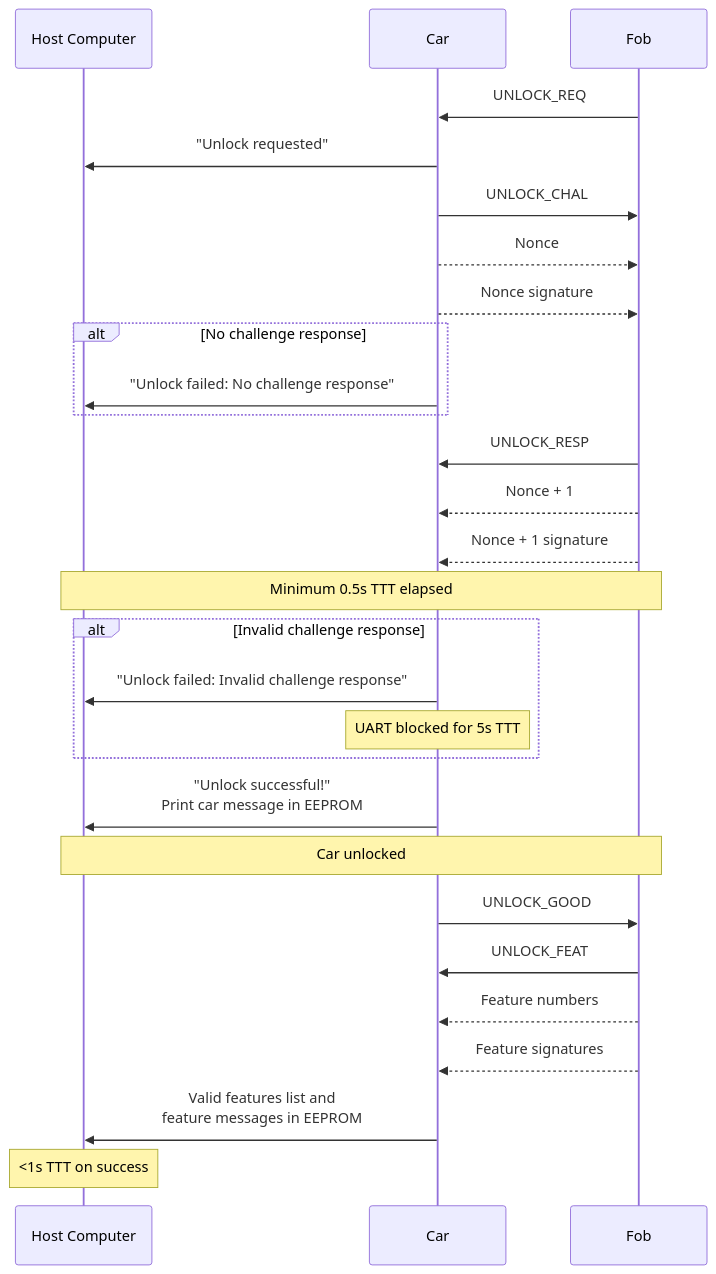
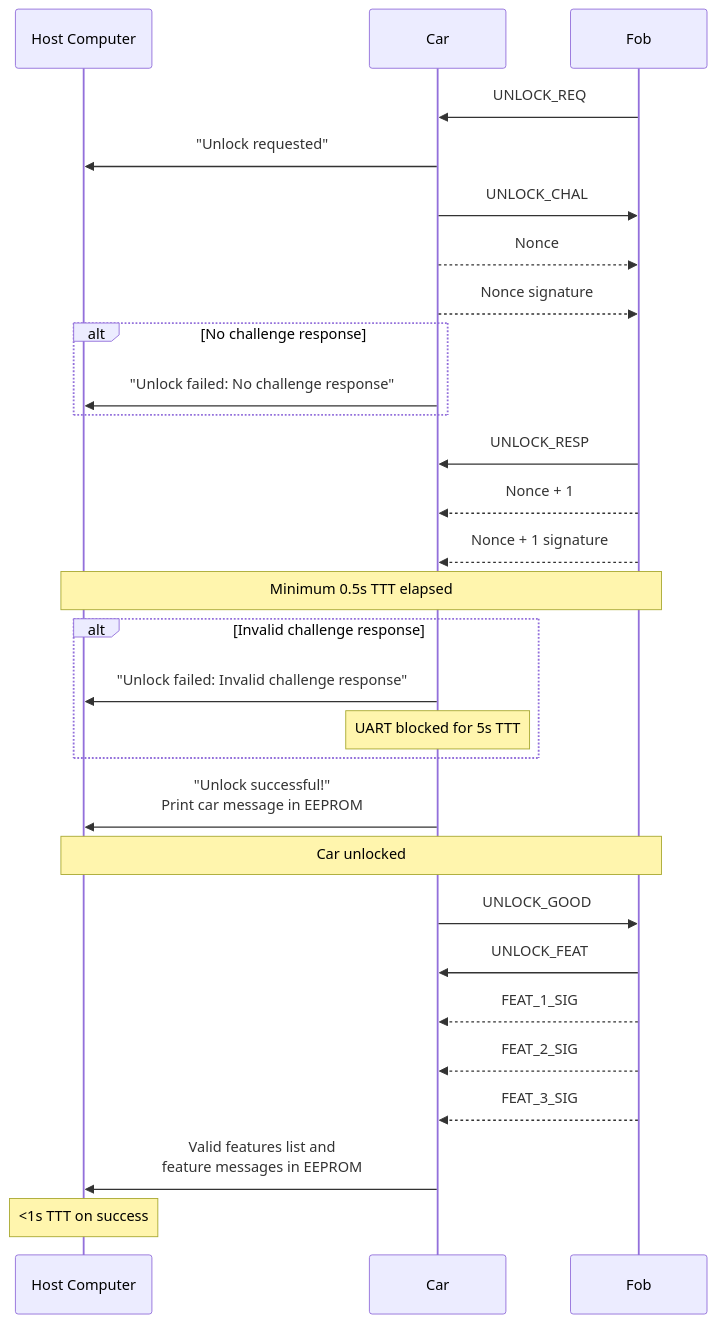
The third of 3 diagrams in docs/protocol.md (sigpwny/2023-ectf-uiuc), drawn with Mermaid before and after one commit. The commit also changed other lines of this file and 7 other files, not shown here.

````diff
--- a/docs/protocol.md
+++ b/docs/protocol.md
@@ -138,30 +141,31 @@
 ```mermaid
 sequenceDiagram
   participant Host Computer
   participant Car
   participant Fob
   Fob ->> Car: UNLOCK_REQ
   Car ->> Host Computer: "Unlock requested"
   Car ->> Fob: UNLOCK_CHAL
   Car -->> Fob: Nonce
   Car -->> Fob: Nonce signature
   alt No challenge response
     Car ->> Host Computer: "Unlock failed: No challenge response"
   end
   Fob ->> Car: UNLOCK_RESP
   Fob -->> Car: Nonce + 1
   Fob -->> Car: Nonce + 1 signature
   Note over Host Computer, Fob: Minimum 0.5s TTT elapsed
   alt Invalid challenge response
     Car ->> Host Computer: "Unlock failed: Invalid challenge response"
     Note over Car: UART blocked for 5s TTT
   end
   Car ->> Host Computer: "Unlock successful!" <br/>Print car message in EEPROM
   Note over Host Computer, Fob: Car unlocked
   Car ->> Fob: UNLOCK_GOOD
   Fob ->> Car: UNLOCK_FEAT
-  Fob -->> Car: Feature numbers
-  Fob -->> Car: Feature signatures
+  Fob -->> Car: FEAT_1_SIG
+  Fob -->> Car: FEAT_2_SIG
+  Fob -->> Car: FEAT_3_SIG
   Car ->> Host Computer: Valid features list and <br/>feature messages in EEPROM
   Note over Host Computer: <1s TTT on success
 ```
````
